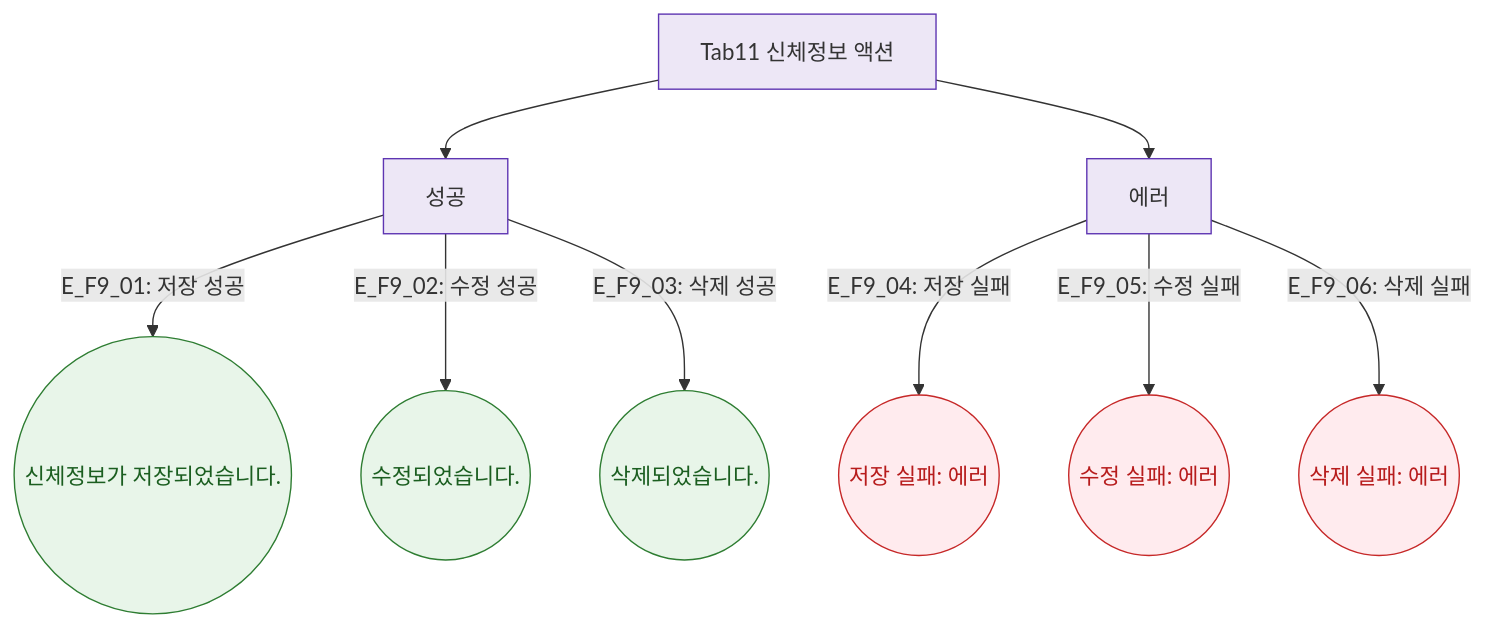
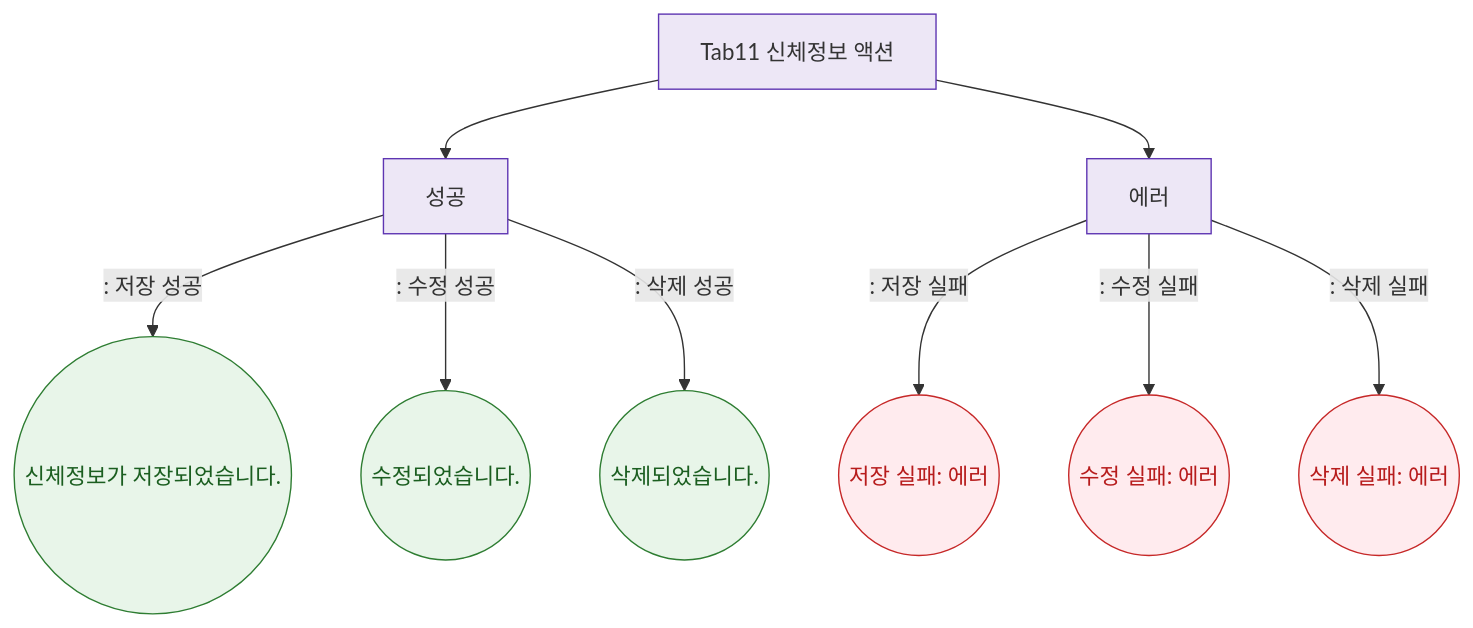
One commit to dev-spogym/admin-pando changed the diagram in docs/다이어그램/D02_회원관리/SCR-M004_회원상세/Tab11_신체정보/F9_토스트.md. Above: the diagram before and after it, drawn with Mermaid. The commit also changed other lines of this file and 1660 other files, not shown here.

First line of the commit message:
다이어그램: 기획자/클라이언트 납품본으로 정리

````diff
--- a/docs/다이어그램/D02_회원관리/SCR-M004_회원상세/Tab11_신체정보/F9_토스트.md
+++ b/docs/다이어그램/D02_회원관리/SCR-M004_회원상세/Tab11_신체정보/F9_토스트.md
@@ -22,19 +20,19 @@
 ```mermaid
 flowchart TD
   ACTIONS[Tab11 신체정보 액션] --> T_OK[성공]
   ACTIONS --> T_ERR[에러]
 
-  T_OK -->|"E_F9_01: 저장 성공"| TS1((신체정보가 저장되었습니다.))
-  T_OK -->|"E_F9_02: 수정 성공"| TS2((수정되었습니다.))
-  T_OK -->|"E_F9_03: 삭제 성공"| TS3((삭제되었습니다.))
-  T_ERR -->|"E_F9_04: 저장 실패"| TE1((저장 실패: 에러))
-  T_ERR -->|"E_F9_05: 수정 실패"| TE2((수정 실패: 에러))
-  T_ERR -->|"E_F9_06: 삭제 실패"| TE3((삭제 실패: 에러))
+  T_OK -->|": 저장 성공"|TS1((신체정보가 저장되었습니다.))
+  T_OK -->|": 수정 성공"|TS2((수정되었습니다.))
+  T_OK -->|": 삭제 성공"|TS3((삭제되었습니다.))
+  T_ERR -->|": 저장 실패"|TE1((저장 실패: 에러))
+  T_ERR -->|": 수정 실패"|TE2((수정 실패: 에러))
+  T_ERR -->|": 삭제 실패"|TE3((삭제 실패: 에러))
 
   classDef success fill:#E8F5E9,stroke:#2E7D32,color:#1B5E20
   classDef error fill:#FFEBEE,stroke:#C62828,color:#B71C1C
   classDef system fill:#EDE7F6,stroke:#5E35B2
   class TS1,TS2,TS3 success
   class TE1,TE2,TE3 error
   class ACTIONS,T_OK,T_ERR system
 ```
````
